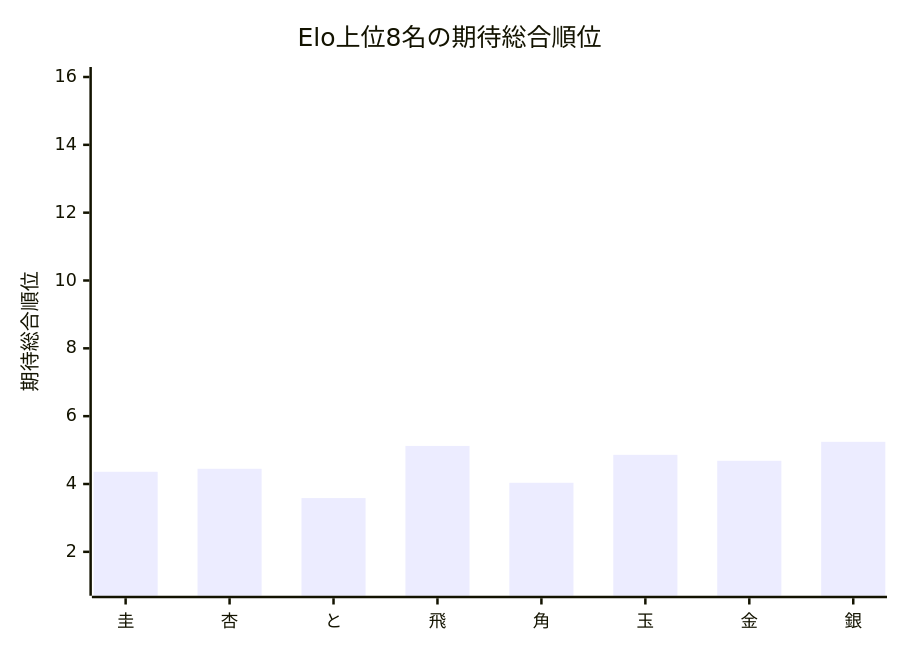
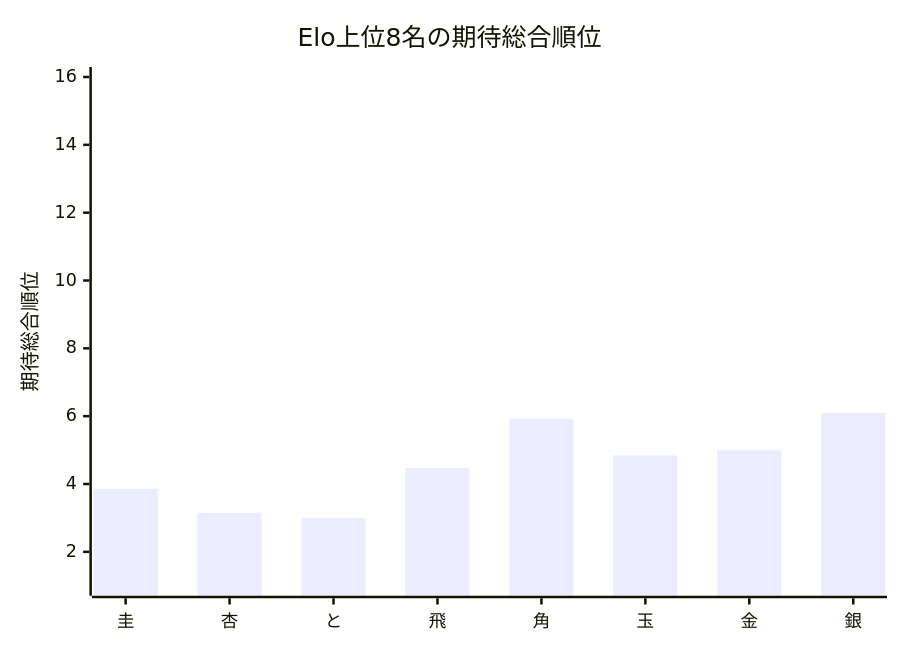
The first of 2 diagrams in Output/TournamentQualityEvaluator/TournamentQualityReport/Summary/[トップ集団大きめ]_[FinalStage_Single10_STSAInput3_smoke]_quality_summary.md (muzudho/ShogiTournamentSystemAnalyzer), drawn with Mermaid before and after one commit. The commit also changed other lines of this file and 6 other files, not shown here.

````diff
--- a/Output/TournamentQualityEvaluator/TournamentQualityReport/Summary/[トップ集団大きめ]_[FinalStage_Single10_STSAInput3_smoke]_quality_summary.md
+++ b/Output/TournamentQualityEvaluator/TournamentQualityReport/Summary/[トップ集団大きめ]_[FinalStage_Single10_STSAInput3_smoke]_quality_summary.md
@@ -43,7 +43,7 @@
 ```mermaid
 xychart-beta
     title "Elo上位8名の期待総合順位"
     x-axis ["圭", "杏", "と", "飛", "角", "玉", "金", "銀"]
     y-axis "期待総合順位" 1 --> 16
-    bar [4.360, 4.449, 3.585, 5.123, 4.036, 4.860, 4.685, 5.244]
+    bar [3.860, 3.150, 3.000, 4.468, 5.929, 4.843, 5.004, 6.101]
 ```
````
